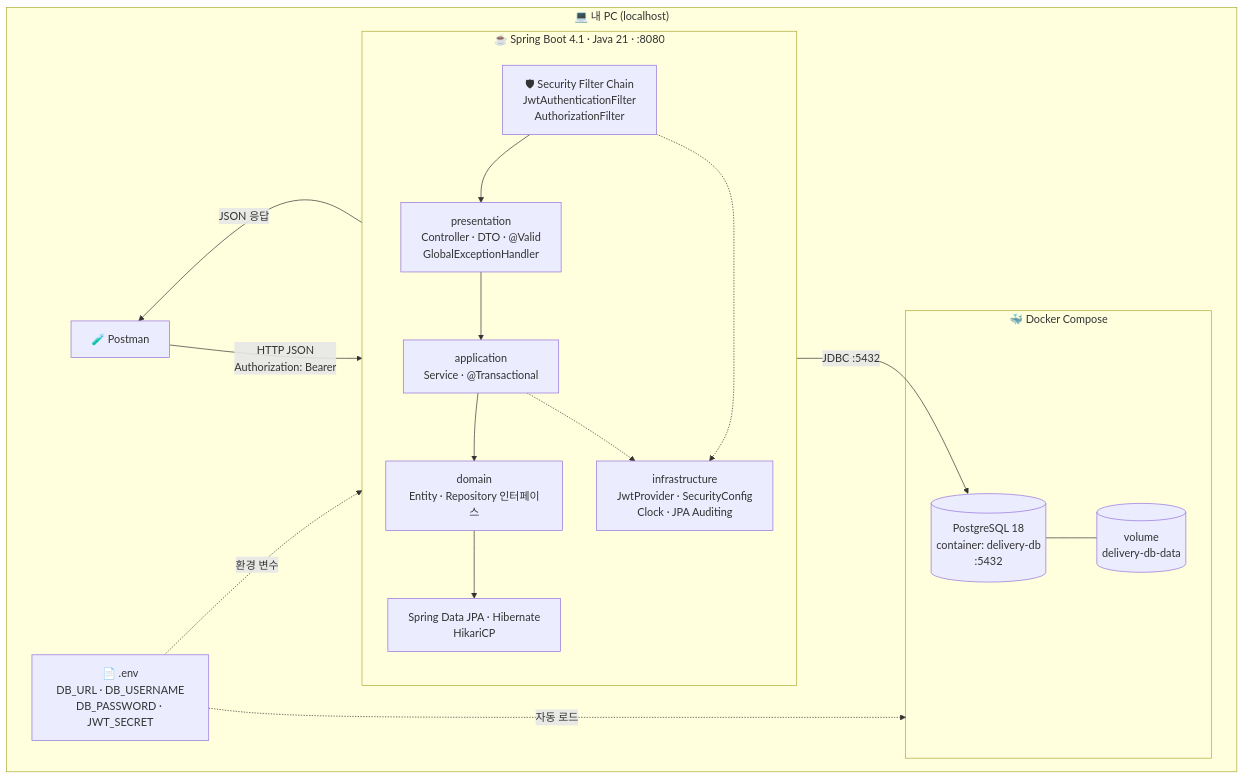
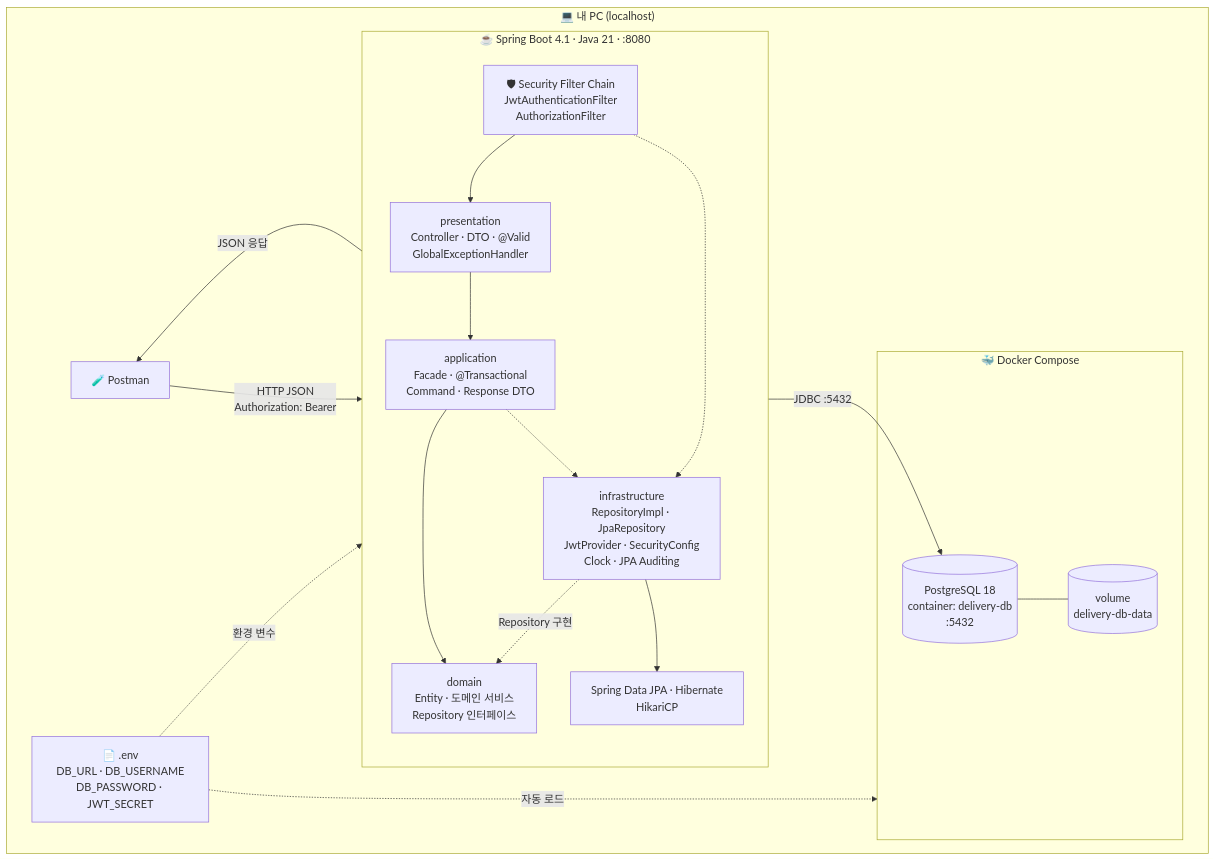
Before and after one commit to dd-jiny/delivery-order-backend: the first of 3 diagrams in docs/design/06-architecture.md, drawn with Mermaid. The commit also changed other lines of this file and 39 other files, not shown here.

First line of the commit message:
refactor: 4계층 구조 정리 (Repository 분리, Facade 도입, DTO·enum 경계 정리)

````diff
--- a/docs/design/06-architecture.md
+++ b/docs/design/06-architecture.md
@@ -34,35 +36,36 @@
 ```mermaid
 flowchart LR
     subgraph PC["💻 내 PC (localhost)"]
         direction LR
         PM["🧪 Postman"]
 
         subgraph APP["☕ Spring Boot 4.1 · Java 21 · :8080"]
             direction TB
             SEC["🛡 Security Filter Chain<br>JwtAuthenticationFilter<br>AuthorizationFilter"]
             PRE["presentation<br>Controller · DTO · @Valid<br>GlobalExceptionHandler"]
-            APL["application<br>Service · @Transactional"]
-            DOM["domain<br>Entity · Repository 인터페이스"]
-            INF["infrastructure<br>JwtProvider · SecurityConfig<br>Clock · JPA Auditing"]
+            APL["application<br>Facade · @Transactional<br>Command · Response DTO"]
+            DOM["domain<br>Entity · 도메인 서비스<br>Repository 인터페이스"]
+            INF["infrastructure<br>RepositoryImpl · JpaRepository<br>JwtProvider · SecurityConfig<br>Clock · JPA Auditing"]
             JPA["Spring Data JPA · Hibernate<br>HikariCP"]
             SEC --> PRE --> APL --> DOM
             APL -.-> INF
             SEC -.-> INF
-            DOM --> JPA
+            INF -. "Repository 구현" .-> DOM
+            INF --> JPA
         end
 
         subgraph DOCKER["🐳 Docker Compose"]
             DB[("PostgreSQL 18<br>container: delivery-db<br>:5432")]
             VOL[("volume<br>delivery-db-data")]
             DB --- VOL
         end
 
         ENV["📄 .env<br>DB_URL · DB_USERNAME<br>DB_PASSWORD · JWT_SECRET"]
 
         PM -- "HTTP JSON<br>Authorization: Bearer" --> SEC
         PRE -- "JSON 응답" --> PM
         JPA -- "JDBC :5432" --> DB
         ENV -. "환경 변수" .-> APP
         ENV -. "자동 로드" .-> DOCKER
     end
 ```
````
